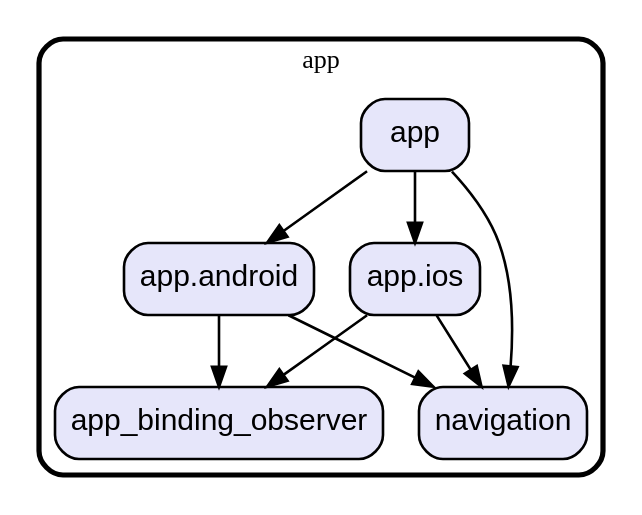
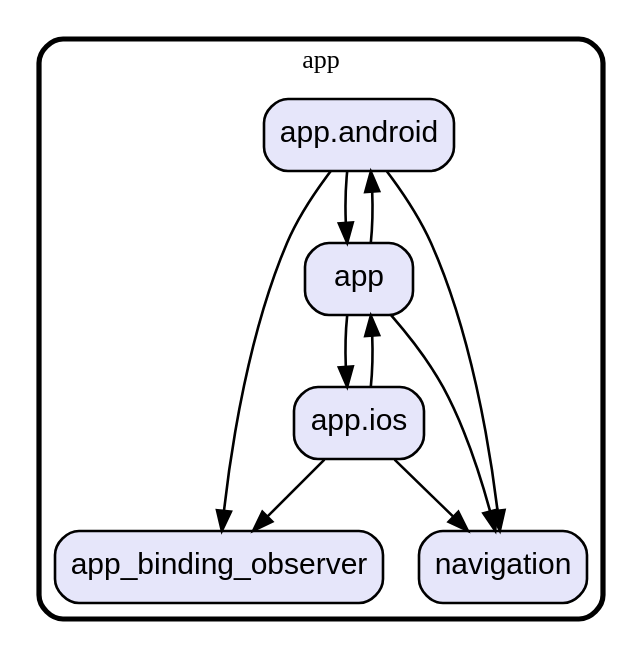
One commit to gev/reacthome-mobile changed the diagram in graph/lib/ui/app.dot. Above: the diagram before and after it, drawn with Graphviz. The commit also changed 23 other files, not shown here.

Commit message:
update modules dependencies graph

```diff
--- a/graph/lib/ui/app.dot
+++ b/graph/lib/ui/app.dot
@@ -1,25 +1,27 @@
 digraph "" {
   graph [style=rounded fontname="Arial Black" fontsize=13 penwidth=2.6];
   node [shape=rect style="filled,rounded" fontname=Arial fontsize=15 fillcolor=Lavender penwidth=1.3];
   edge [penwidth=1.3];
   "/app.android.dart" [label="app.android"];
   "/app_binding_observer.dart" [label="app_binding_observer"];
   "/app.ios.dart" [label="app.ios"];
   "/navigation.dart" [label="navigation"];
   "/app.dart" [label="app"];
   subgraph "cluster~" {
     label="app";
     "/app.android.dart";
     "/app_binding_observer.dart";
     "/app.ios.dart";
     "/navigation.dart";
     "/app.dart";
   }
+  "/app.android.dart" -> "/app.dart";
   "/app.android.dart" -> "/app_binding_observer.dart";
   "/app.android.dart" -> "/navigation.dart";
+  "/app.ios.dart" -> "/app.dart";
   "/app.ios.dart" -> "/app_binding_observer.dart";
   "/app.ios.dart" -> "/navigation.dart";
   "/app.dart" -> "/app.android.dart";
   "/app.dart" -> "/app.ios.dart";
   "/app.dart" -> "/navigation.dart";
 }
```
